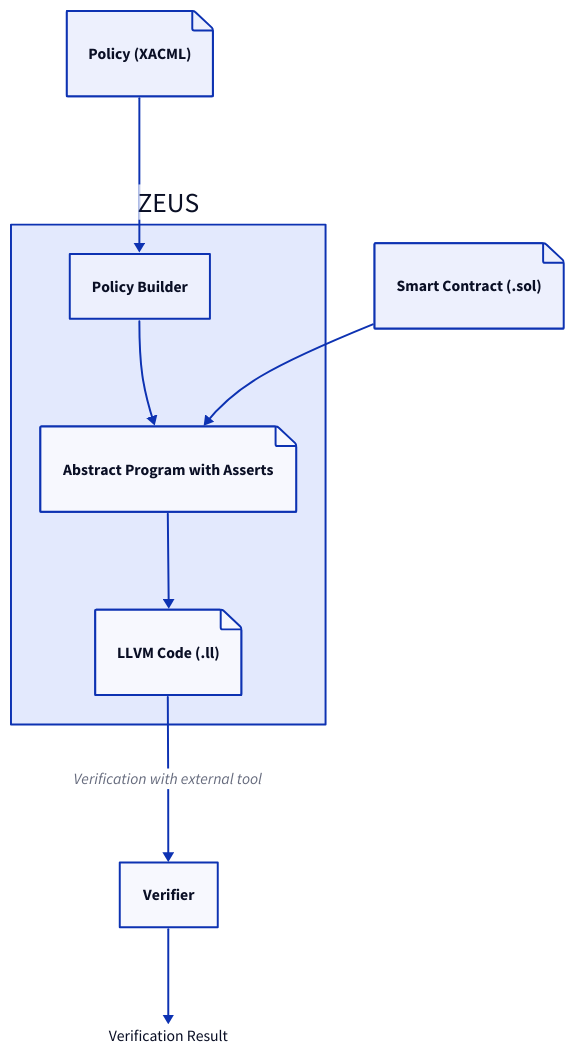
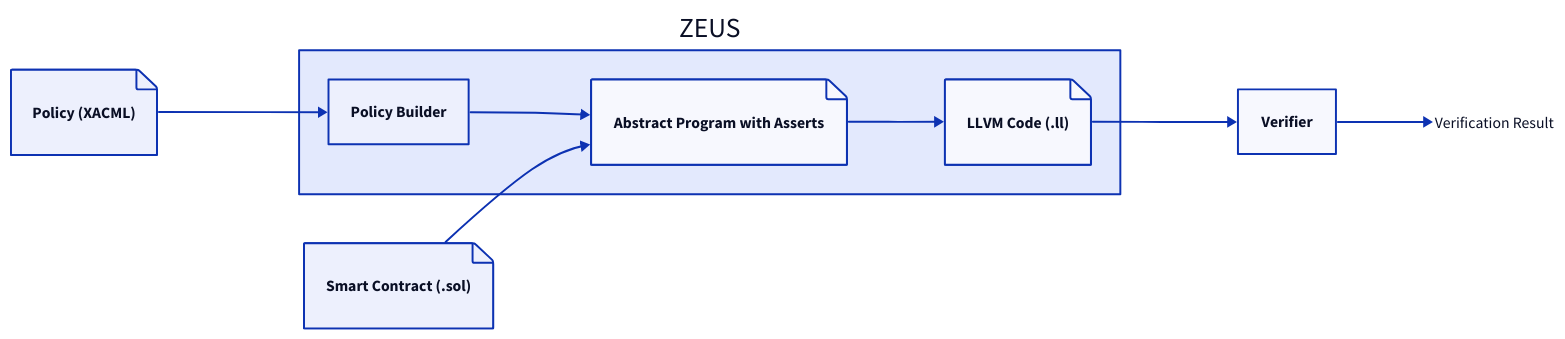
The diagram in workflow.d2 (Tom-stack3/ZEUS), drawn with D2 before and after one commit. The commit also changed 2 other files, not shown here.

```diff
--- a/workflow.d2
+++ b/workflow.d2
@@ -1,24 +1,26 @@
 
 # Workflow of ZEUS
+direction: right
 
 contract: Smart Contract (.sol) {shape: page}
 policy: Policy (XACML) {shape: page}
 # abstract: Abstract Program
 verifier: Verifier
 Result: Verification Result {shape: text}
 zeus: ZEUS
 
 zeus {
     policy_builder: Policy Builder
     abstract_with_assertion: Abstract Program with Asserts {shape: page}
     llvm_bitcode: LLVM Code (\.ll) {shape: page}
 }
 policy -> zeus.policy_builder -> zeus.abstract_with_assertion
 
 contract -> zeus.abstract_with_assertion
 
 zeus.abstract_with_assertion -> zeus.llvm_bitcode
 
-zeus.llvm_bitcode -> verifier : "Verification with external tool"
+# zeus.llvm_bitcode -> verifier : "Verification with external tool"
+zeus.llvm_bitcode -> verifier
 
 verifier -> Result
```
